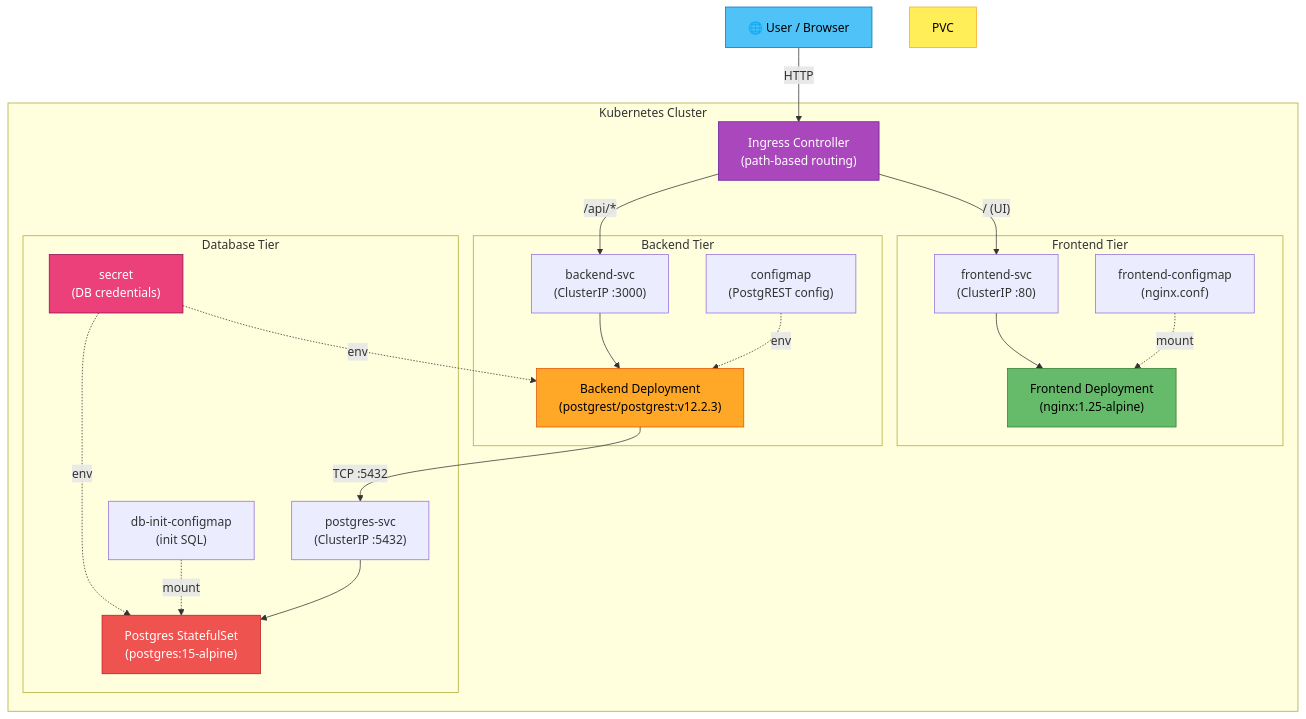
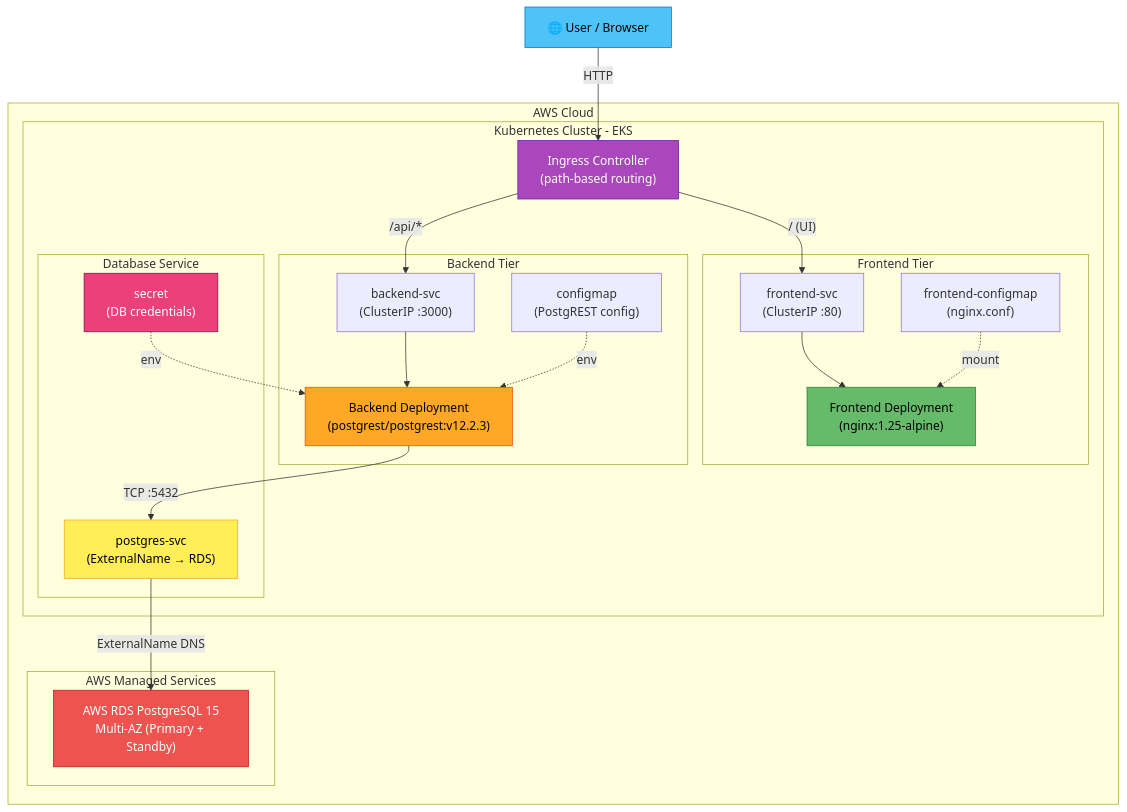
Before and after one commit to AdastraGupta/3-tier-k8s-project: the diagram in README.md, drawn with Mermaid. The commit also changed other lines of this file, not shown here.

Commit message:
docs: update architecture to reflect AWS RDS PostgreSQL Multi-AZ as managed database

````diff
--- a/README.md
+++ b/README.md
@@ -12,48 +12,50 @@
 ```mermaid
 graph TB
     User["🌐 User / Browser"]
 
-    subgraph Kubernetes Cluster
-        Ingress["Ingress Controller\n(path-based routing)"]
+    subgraph AWS Cloud
+        subgraph Kubernetes Cluster - EKS
+            Ingress["Ingress Controller\n(path-based routing)"]
 
-        subgraph Frontend Tier
-            FD["Frontend Deployment\n(nginx:1.25-alpine)"]
-            FS["frontend-svc\n(ClusterIP :80)"]
-            FCM["frontend-configmap\n(nginx.conf)"]
+            subgraph Frontend Tier
+                FD["Frontend Deployment\n(nginx:1.25-alpine)"]
+                FS["frontend-svc\n(ClusterIP :80)"]
+                FCM["frontend-configmap\n(nginx.conf)"]
+            end
+
+            subgraph Backend Tier
+                BD["Backend Deployment\n(postgrest/postgrest:v12.2.3)"]
+                BS["backend-svc\n(ClusterIP :3000)"]
+                CM["configmap\n(PostgREST config)"]
+            end
+
+            subgraph Database Service
+                PS["postgres-svc\n(ExternalName → RDS)"]
+                SEC["secret\n(DB credentials)"]
+            end
         end
 
-        subgraph Backend Tier
-            BD["Backend Deployment\n(postgrest/postgrest:v12.2.3)"]
-            BS["backend-svc\n(ClusterIP :3000)"]
-            CM["configmap\n(PostgREST config)"]
-        end
-
-        subgraph Database Tier
-            PD["Postgres StatefulSet\n(postgres:15-alpine)"]
-            PS["postgres-svc\n(ClusterIP :5432)"]
-            SEC["secret\n(DB credentials)"]
-            DBCM["db-init-configmap\n(init SQL)"]
+        subgraph AWS Managed Services
+            RDS["AWS RDS PostgreSQL 15\nMulti-AZ (Primary + Standby)"]
         end
     end
 
     User -->|HTTP| Ingress
     Ingress -->|"/ (UI)"| FS
     Ingress -->|"/api/*"| BS
     FS --> FD
     FCM -.->|mount| FD
     BS --> BD
     CM -.->|env| BD
     SEC -.->|env| BD
     BD -->|TCP :5432| PS
-    PS --> PD
-    SEC -.->|env| PD
-    DBCM -.->|mount| PD
+    PS -->|ExternalName DNS| RDS
 
     style User fill:#4FC3F7,stroke:#0277BD,color:#000
     style Ingress fill:#AB47BC,stroke:#6A1B9A,color:#fff
     style FD fill:#66BB6A,stroke:#2E7D32,color:#000
     style BD fill:#FFA726,stroke:#E65100,color:#000
-    style PD fill:#EF5350,stroke:#B71C1C,color:#fff
-    style PVC fill:#FFEE58,stroke:#F9A825,color:#000
+    style RDS fill:#EF5350,stroke:#B71C1C,color:#fff
+    style PS fill:#FFEE58,stroke:#F9A825,color:#000
     style SEC fill:#EC407A,stroke:#880E4F,color:#fff
 ```
````
